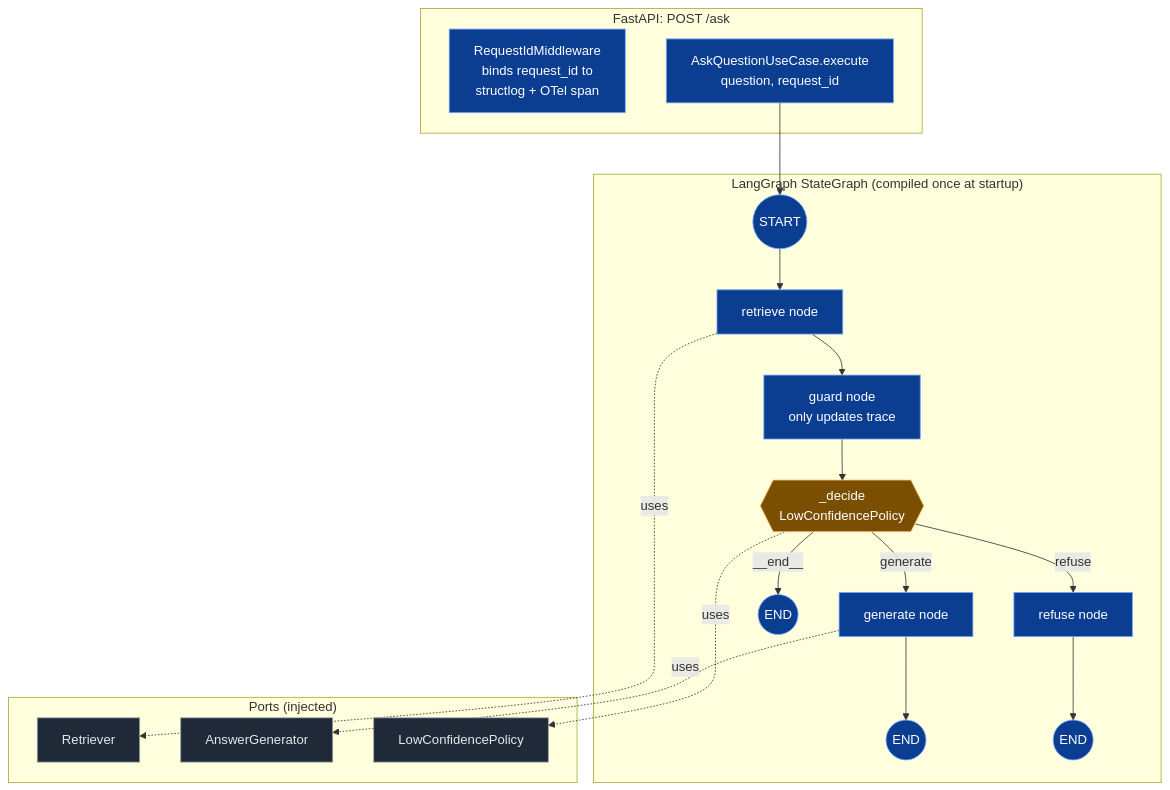
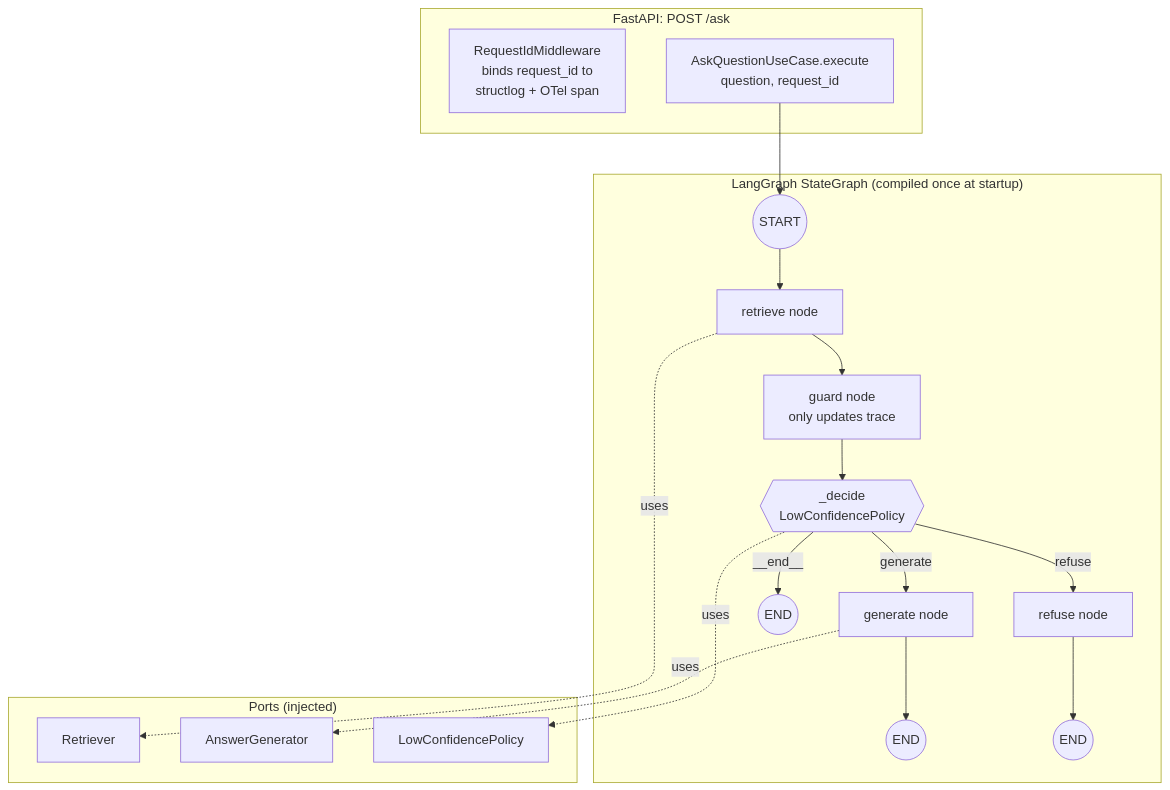
Before and after one commit to bruj0/support-agent: the second of 4 diagrams in docs/index.md, drawn with Mermaid. The commit also changed 11 other files, not shown here.

First line of the commit message:
fix(docs): revert all Mermaid classDef overrides; use default theme

````diff
--- a/docs/index.md
+++ b/docs/index.md
@@ -128,36 +128,29 @@
 ```mermaid
 flowchart TD
     subgraph API ["FastAPI: POST /ask"]
         MW[RequestIdMiddleware<br/>binds request_id to<br/>structlog + OTel span]
         USE[AskQuestionUseCase.execute<br/>question, request_id]
     end
 
     subgraph GRAPH ["LangGraph StateGraph (compiled once at startup)"]
         START((START)) --> RET[retrieve node]
         RET --> GUARD[guard node<br/>only updates trace]
         GUARD --> EDGE{{_decide<br/>LowConfidencePolicy}}
         EDGE -->|"generate"| GEN[generate node]
         EDGE -->|"refuse"| REF[refuse node]
         EDGE -->|"__end__"| END0((END))
         GEN --> END1((END))
         REF --> END2((END))
     end
 
     subgraph PORTS ["Ports (injected)"]
         RETR[Retriever]
         GEN2[AnswerGenerator]
         POL[LowConfidencePolicy]
     end
 
     USE --> START
     RET -.uses.-> RETR
     GEN -.uses.-> GEN2
     EDGE -.uses.-> POL
-
-    classDef node fill:#0b3d91,stroke:#7aa7ff,color:#ffffff;
-    classDef edge fill:#7a4f01,stroke:#ffc46b,color:#ffffff;
-    classDef ext fill:#1f2937,stroke:#9ca3af,color:#e5e7eb;
-    class RET,GUARD,GEN,REF node;
-    class EDGE edge;
-    class RETR,GEN2,POL ext;
 ```
````
